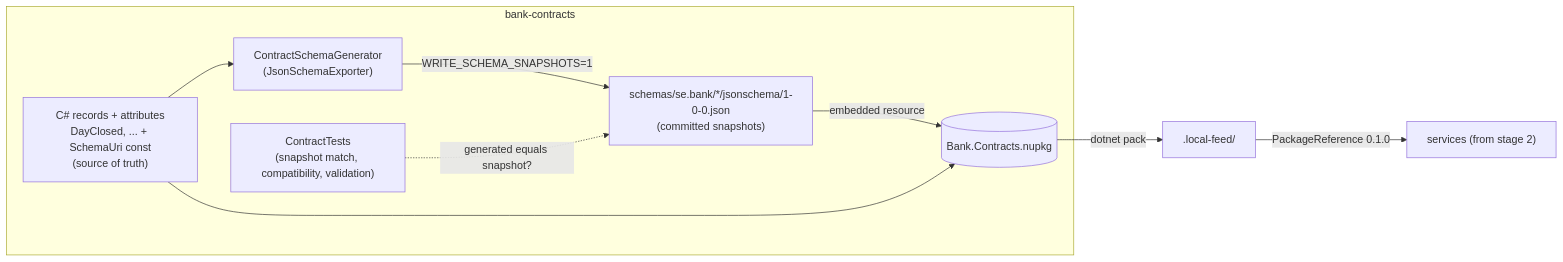
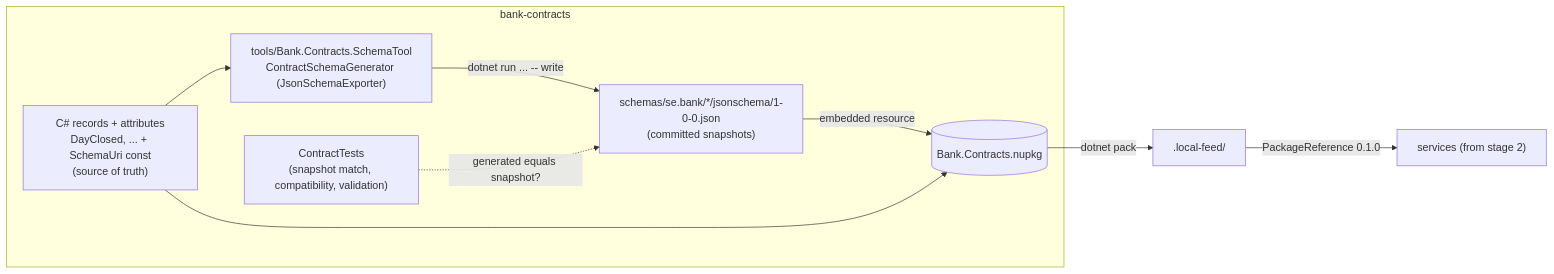
One commit to majid-sharif-soleimani/banking_demo changed the diagram in docs/learning/stage-1/slice-1.1.md. Above: the diagram before and after it, drawn with Mermaid. The commit also changed other lines of this file and 16 other files, not shown here.

First line of the commit message:
refactor(contracts): write schema snapshots with a separate tool (ADR 0004)

````diff
--- a/docs/learning/stage-1/slice-1.1.md
+++ b/docs/learning/stage-1/slice-1.1.md
@@ -60,16 +60,16 @@
 ```mermaid
 flowchart LR
     subgraph bank-contracts
         R["C# records + attributes<br/>DayClosed, ... + SchemaUri const<br/>(source of truth)"]
-        G["ContractSchemaGenerator<br/>(JsonSchemaExporter)"]
+        G["tools/Bank.Contracts.SchemaTool<br/>ContractSchemaGenerator (JsonSchemaExporter)"]
         S["schemas/se.bank/*/jsonschema/1-0-0.json<br/>(committed snapshots)"]
         T["ContractTests<br/>(snapshot match, compatibility, validation)"]
         R --> G
-        G -- WRITE_SCHEMA_SNAPSHOTS=1 --> S
+        G -- "dotnet run ... -- write" --> S
         S -- embedded resource --> P[(Bank.Contracts.nupkg)]
         R --> P
         T -. generated equals snapshot? .-> S
     end
     P -- dotnet pack --> F[".local-feed/"]
     F -- PackageReference 0.1.0 --> SVC["services (from stage 2)"]
 ```
````
